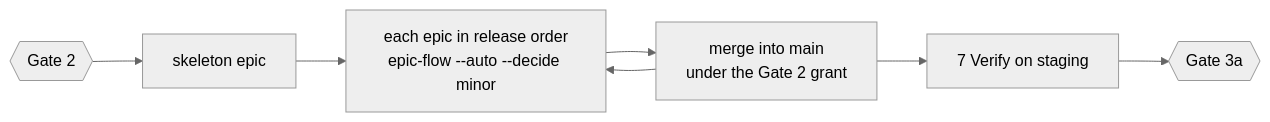
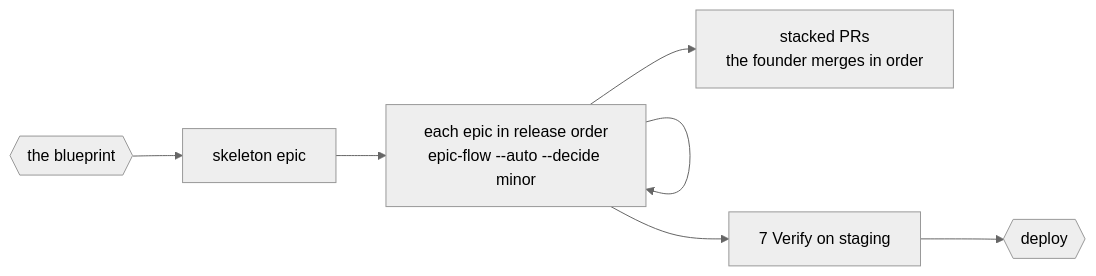
The diagram in .claude/skills/product-flow/phases/03-build-verify.md (sultanassi95/mission-control), drawn with Mermaid (neutral theme) before and after one commit. The commit also changed other lines of this file and 14 other files, not shown here.

First line of the commit message:
fix(mc-091): /product-flow after its first dry run - a design gate, stacked epics, and nine smaller fixes (#20)

````diff
--- a/.claude/skills/product-flow/phases/03-build-verify.md
+++ b/.claude/skills/product-flow/phases/03-build-verify.md
@@ -6,6 +6,6 @@
 ```mermaid
 flowchart LR
-  G2{{Gate 2}} --> S[skeleton epic] --> E[each epic in release order<br/>epic-flow --auto --decide minor] --> M[merge into main<br/>under the Gate 2 grant]
-  M --> E
-  M --> V[7 Verify on staging] --> G3a{{Gate 3a}}
+  G2{{the blueprint}} --> S[skeleton epic] --> E[each epic in release order<br/>epic-flow --auto --decide minor] --> M[stacked PRs<br/>the founder merges in order]
+  E --> E
+  E --> V[7 Verify on staging] --> G3a{{deploy}}
 ```
````
